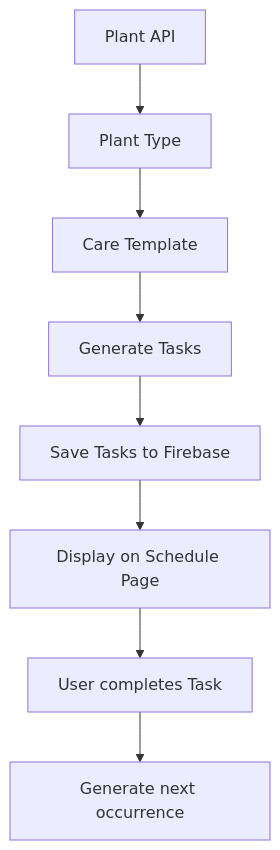
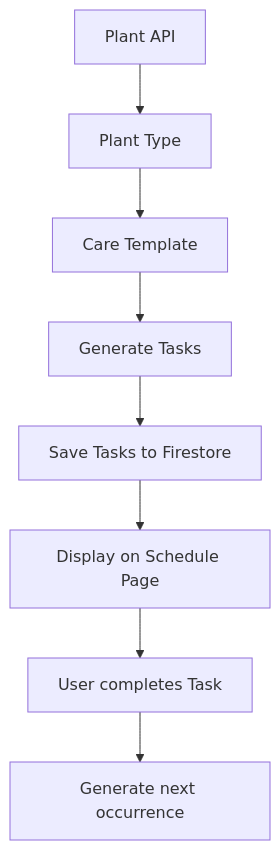
The first of 3 diagrams in docs/planning/scheduling-task-generation-design.md (RKaurB/cfgdegree-fullstack-project-group3), drawn with Mermaid before and after one commit. The commit also changed other lines of this file and 1 other file, not shown here.

Commit message:
Update scheduling design doc and add data flow and firestore structure diagram

````diff
--- a/docs/planning/scheduling-task-generation-design.md
+++ b/docs/planning/scheduling-task-generation-design.md
@@ -29,19 +45,19 @@
 ```mermaid
 flowchart TD
     1["Plant API"]
     2["Plant Type"]
     3["Care Template"]
     4["Generate Tasks"]
-    5["Save Tasks to Firebase"]
+    5["Save Tasks to Firestore"]
     6["Display on Schedule Page"]
     7["User completes Task"]
     8["Generate next occurrence"]
 
     1 --> 2
     2 --> 3
     3 --> 4
     4 --> 5
     5 --> 6
     6 --> 7
     7 --> 8
 ```
````
